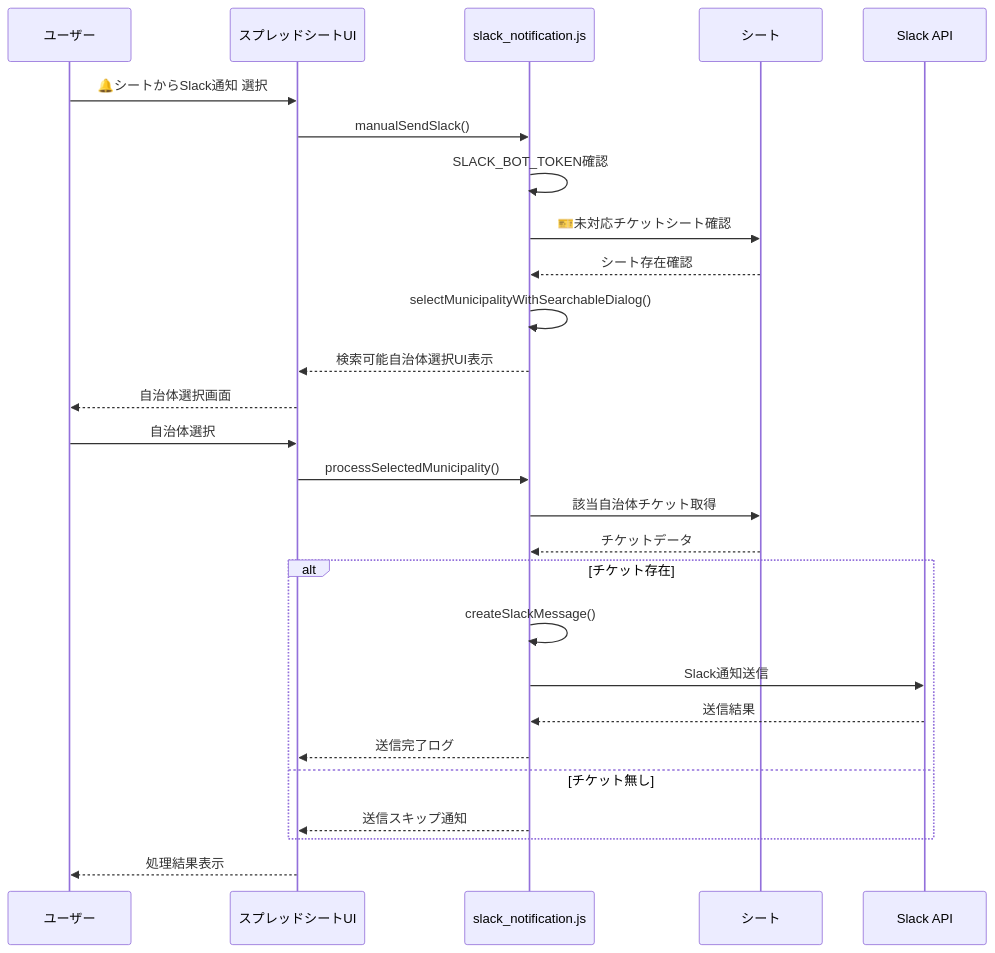
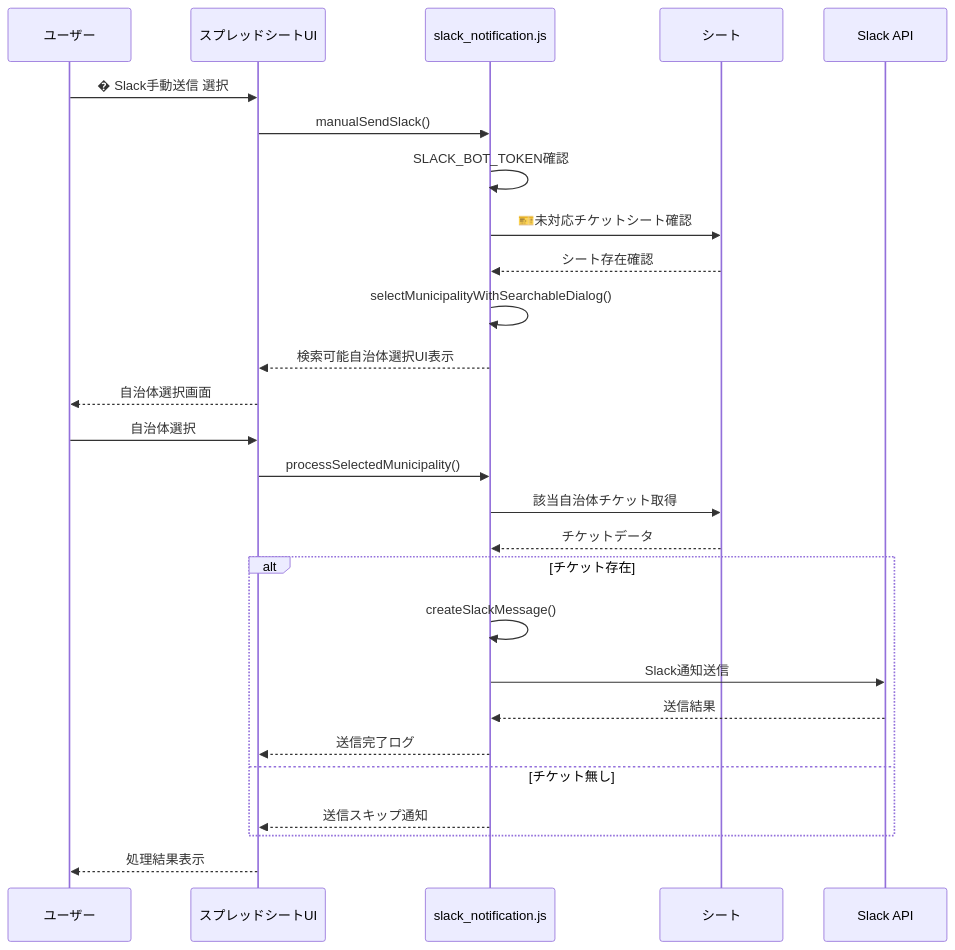
One commit to steamship-inc/relation-bot changed the fourth of 4 diagrams in docs/architecture.md. Above: the diagram before and after it, drawn with Mermaid. The commit also changed other lines of this file and 1 other file, not shown here.

````diff
--- a/docs/architecture.md
+++ b/docs/architecture.md
@@ -197,33 +97,33 @@
 ```mermaid
 sequenceDiagram
     participant User as ユーザー
     participant UI as スプレッドシートUI
     participant SN as slack_notification.js
     participant Sheet as シート
     participant Slack as Slack API
 
-    User->>UI: 🔔シートからSlack通知 選択
+    User->>UI: � Slack手動送信 選択
     UI->>SN: manualSendSlack()
     SN->>SN: SLACK_BOT_TOKEN確認
     SN->>Sheet: 🎫未対応チケットシート確認
     Sheet-->>SN: シート存在確認
     SN->>SN: selectMunicipalityWithSearchableDialog()
     SN-->>UI: 検索可能自治体選択UI表示
     UI-->>User: 自治体選択画面
     
     User->>UI: 自治体選択
     UI->>SN: processSelectedMunicipality()
     SN->>Sheet: 該当自治体チケット取得
     Sheet-->>SN: チケットデータ
     
     alt チケット存在
         SN->>SN: createSlackMessage()
         SN->>Slack: Slack通知送信
         Slack-->>SN: 送信結果
         SN-->>UI: 送信完了ログ
     else チケット無し
         SN-->>UI: 送信スキップ通知
     end
     
     UI-->>User: 処理結果表示
 ```
````
